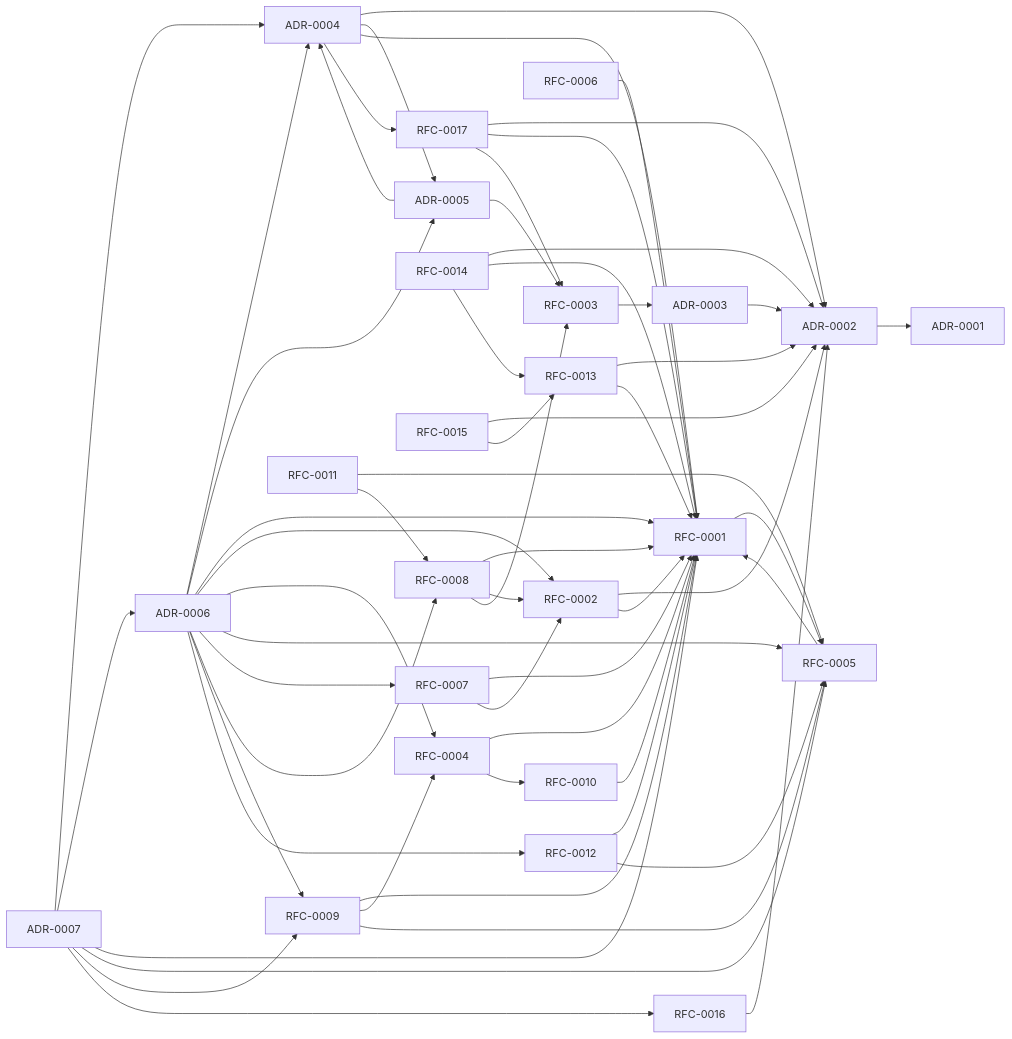
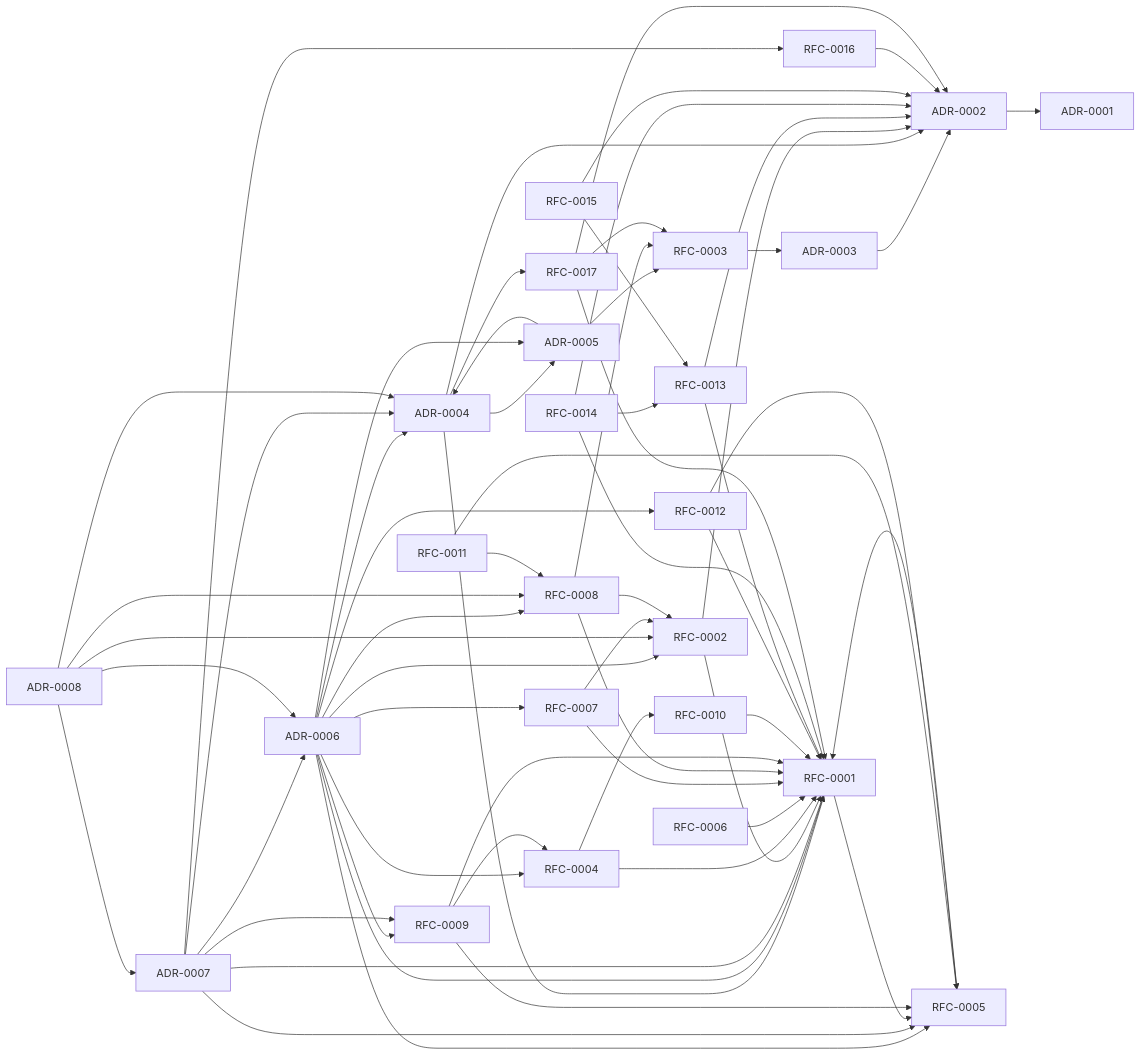
The diagram in docs/derived/DOCUMENT_GRAPH.md (brilliantgibrann16/frontier-creative-os), drawn with Mermaid before and after one commit. The commit also changed other lines of this file and 2 other files, not shown here.

Commit message:
docs(derived): regenerate derived corpus for ADR-0008
Mechanical regeneration only (python3 tools/docs/build_docs.py, run
twice — byte-identical; --check reports the corpus fresh). No derived
file was hand-edited. Companion to the ADR-0008 commit on this branch:
docs/decisions/ADR-*.md is a derivation source (DOC_DERIVATION_CONVENTIONS §5).

Refs #7

```diff
--- a/docs/derived/DOCUMENT_GRAPH.md
+++ b/docs/derived/DOCUMENT_GRAPH.md
@@ -77,6 +78,7 @@
   ADR0005["ADR-0005"]
   ADR0006["ADR-0006"]
   ADR0007["ADR-0007"]
+  ADR0008["ADR-0008"]
   RFC0001["RFC-0001"]
   RFC0002["RFC-0002"]
   RFC0003["RFC-0003"]
@@ -118,6 +120,11 @@
   ADR0007 --> RFC0005
   ADR0007 --> RFC0009
   ADR0007 --> RFC0016
+  ADR0008 --> ADR0004
+  ADR0008 --> ADR0006
+  ADR0008 --> ADR0007
+  ADR0008 --> RFC0002
+  ADR0008 --> RFC0008
   RFC0001 --> RFC0005
   RFC0002 --> ADR0002
   RFC0002 --> RFC0001
```
